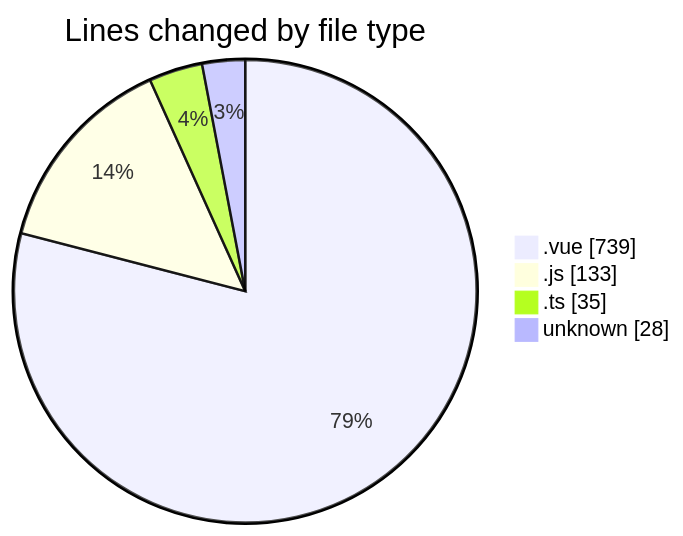
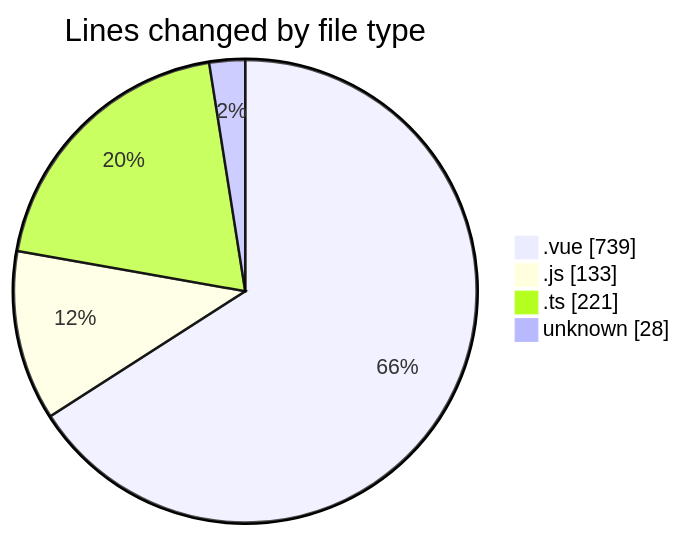
The first of 2 diagrams in 2025-08-11/rentotp/README.md (lephambinh05/code-tracking), drawn with Mermaid before and after one commit. The commit also changed other lines of this file and 1 other file, not shown here.

````diff
--- a/2025-08-11/rentotp/README.md
+++ b/2025-08-11/rentotp/README.md
@@ -25,8 +28,8 @@
 ```mermaid
 pie showData
 title Lines changed by file type
 ".vue" : 739
 ".js" : 133
-".ts" : 35
+".ts" : 221
 "unknown" : 28
 ```
````
